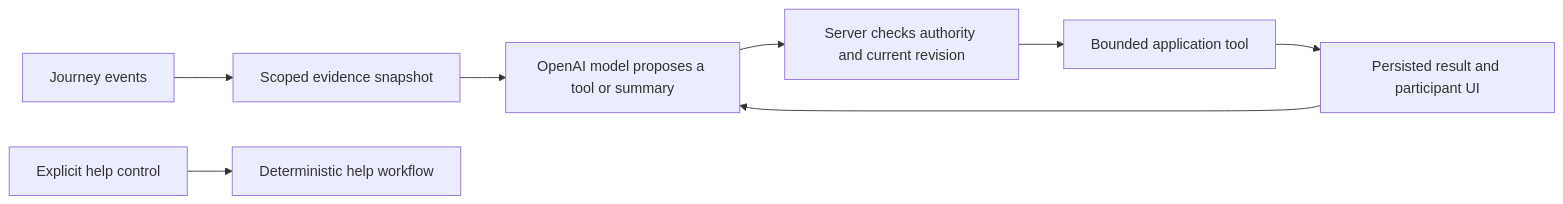
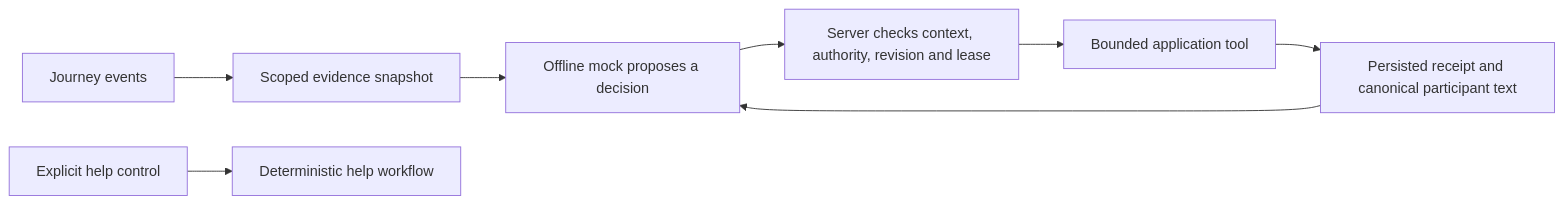
The diagram in docs/AI_DESIGN.md (Jrffy666/StillHere), drawn with Mermaid before and after one commit. The commit also changed other lines of this file and 23 other files, not shown here.

Commit message:
Harden offline assistance authority, evidence and provider execution

````diff
--- a/docs/AI_DESIGN.md
+++ b/docs/AI_DESIGN.md
@@ -46,10 +59,10 @@
 ```mermaid
 flowchart LR
   E[Journey events] --> C[Scoped evidence snapshot]
-  C --> M[OpenAI model proposes a tool or summary]
-  M --> P[Server checks authority and current revision]
+  C --> M[Offline mock proposes a decision]
+  M --> P[Server checks context, authority, revision and lease]
   P --> T[Bounded application tool]
-  T --> R[Persisted result and participant UI]
+  T --> R[Persisted receipt and canonical participant text]
   R --> M
   S[Explicit help control] --> H[Deterministic help workflow]
 ```
````
